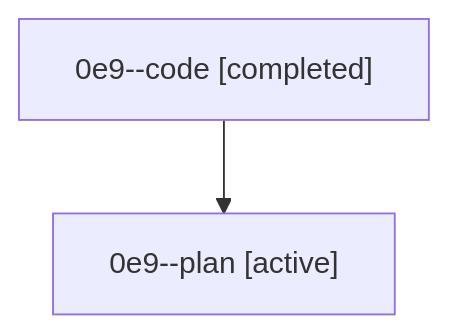
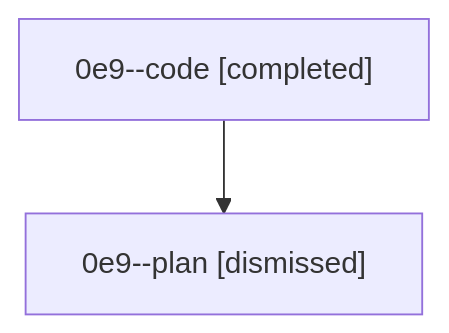
One commit to bobs-org/bob-cli--agents changed the diagram in sessions/bbugyi200.athena.0e9.md. Above: the diagram before and after it, drawn with Mermaid. The commit also changed other lines of this file and 18 other files, not shown here.

````diff
--- a/sessions/bbugyi200.athena.0e9.md
+++ b/sessions/bbugyi200.athena.0e9.md
@@ -9,6 +9,6 @@
 ```mermaid
 flowchart TD
   n0["0e9--code [completed]"]
-  n1["0e9--plan [active]"]
+  n1["0e9--plan [dismissed]"]
   n0 --> n1
 ```
````
